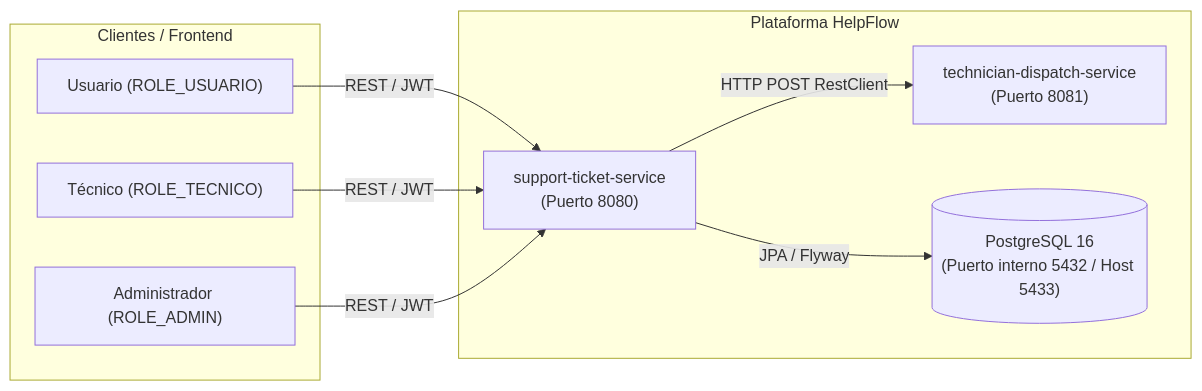
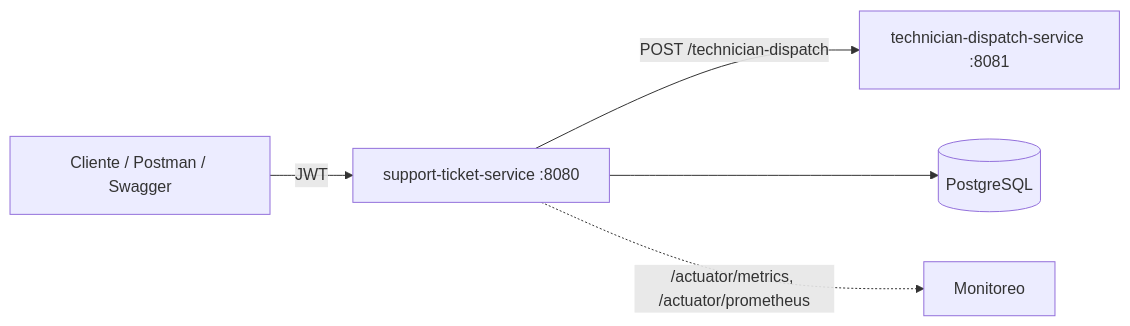
One commit to deleonguillermo87/spring-boot-prueba- changed the first of 3 diagrams in README.md. Above: the diagram before and after it, drawn with Mermaid. The commit also changed other lines of this file, not shown here.

Commit message:
docs: README completo con diagramas Mermaid

````diff
--- a/README.md
+++ b/README.md
@@ -45,21 +18,7 @@
 ```mermaid
 flowchart LR
-    subgraph Clientes["Clientes / Frontend"]
-        U["Usuario (ROLE_USUARIO)"]
-        T["Técnico (ROLE_TECNICO)"]
-        A["Administrador (ROLE_ADMIN)"]
-    end
-
-    subgraph HelpFlow["Plataforma HelpFlow"]
-        STS["support-ticket-service\n(Puerto 8080)"]
-        TDS["technician-dispatch-service\n(Puerto 8081)"]
-        DB[("PostgreSQL 16\n(Puerto interno 5432 / Host 5433)")]
-    end
-
-    U -->|REST / JWT| STS
-    T -->|REST / JWT| STS
-    A -->|REST / JWT| STS
-
-    STS -->|HTTP POST RestClient| TDS
-    STS -->|JPA / Flyway| DB
+    U[Cliente / Postman / Swagger] -->|JWT| S[support-ticket-service :8080]
+    S -->|POST /technician-dispatch| D[technician-dispatch-service :8081]
+    S --> DB[(PostgreSQL)]
+    S -.->|/actuator/metrics, /actuator/prometheus| M[Monitoreo]
 ```
````
